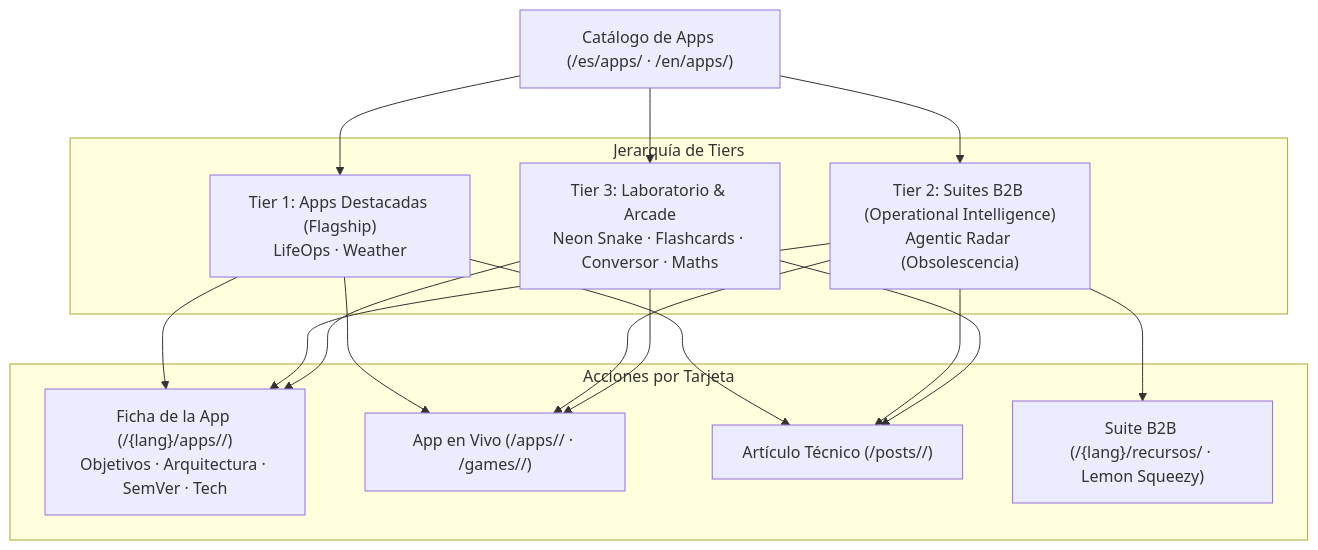
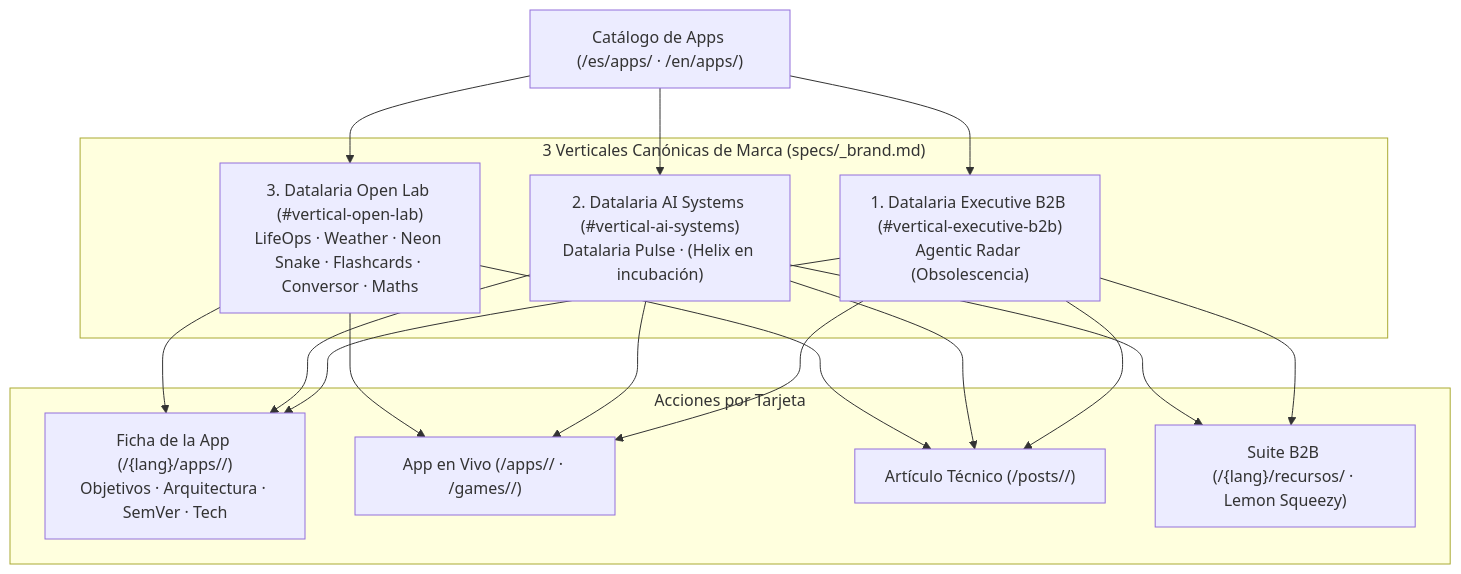
The diagram in specs/portal/spec.md (Dalaez/datalaria-website), drawn with Mermaid before and after one commit. The commit also changed other lines of this file and 20 other files, not shown here.

Commit message:
feat(portal): deploy 3 brand verticals hierarchy on Home and /apps/ showcase (Hito 9.4)

````diff
--- a/specs/portal/spec.md
+++ b/specs/portal/spec.md
@@ -34,25 +36,25 @@
 ```mermaid
 flowchart TD
     PORTAL["Catálogo de Apps (/es/apps/ · /en/apps/)"]
     
-    subgraph TIERS["Jerarquía de Tiers"]
-        FLAGSHIP["Tier 1: Apps Destacadas (Flagship)\nLifeOps · Weather"]
-        B2B["Tier 2: Suites B2B (Operational Intelligence)\nAgentic Radar (Obsolescencia)"]
-        LAB["Tier 3: Laboratorio & Arcade\nNeon Snake · Flashcards · Conversor · Maths"]
+    subgraph VERTICALS["3 Verticales Canónicas de Marca (specs/_brand.md)"]
+        EXEC["1. Datalaria Executive B2B (#vertical-executive-b2b)\nAgentic Radar (Obsolescencia)"]
+        AI["2. Datalaria AI Systems (#vertical-ai-systems)\nDatalaria Pulse · (Helix en incubación)"]
+        LAB["3. Datalaria Open Lab (#vertical-open-lab)\nLifeOps · Weather · Neon Snake · Flashcards · Conversor · Maths"]
     end
     
-    PORTAL --> FLAGSHIP
-    PORTAL --> B2B
+    PORTAL --> EXEC
+    PORTAL --> AI
     PORTAL --> LAB
     
     subgraph ACTIONS["Acciones por Tarjeta"]
         FICHA["Ficha de la App (/{lang}/apps/<slug>/)\nObjetivos · Arquitectura · SemVer · Tech"]
         RUN["App en Vivo (/apps/<slug>/ · /games/<slug>/)"]
         BLOG["Artículo Técnico (/posts/<slug>/)"]
         LEMON["Suite B2B (/{lang}/recursos/ · Lemon Squeezy)"]
     end
     
-    FLAGSHIP --> FICHA & RUN & BLOG
-    B2B --> FICHA & RUN & BLOG & LEMON
+    EXEC --> FICHA & RUN & BLOG & LEMON
+    AI --> FICHA & RUN & BLOG & LEMON
     LAB --> FICHA & RUN & BLOG
 ```
````
